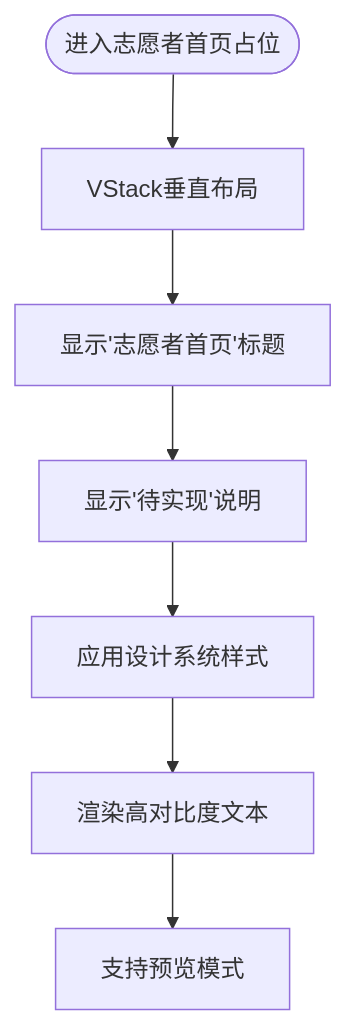
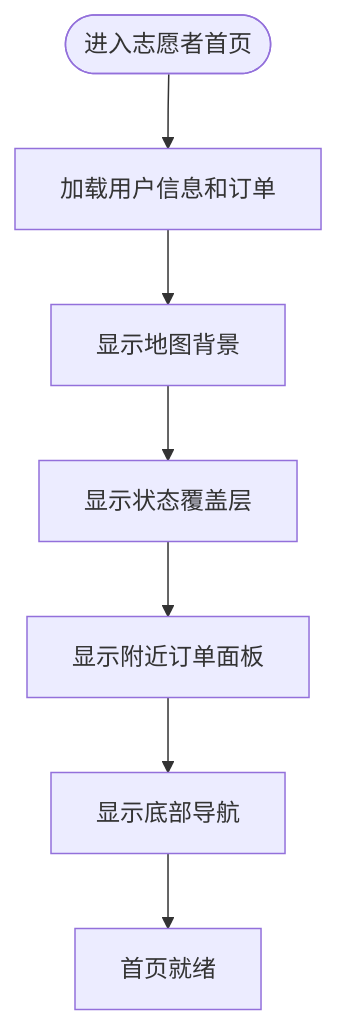
The third of 13 diagrams in .qoder/repowiki/zh/content/架构设计/模块化架构设计/Volunteer 志愿者模块.md (Jayden23018/blind-run-ios), drawn with Mermaid before and after one commit. The commit also changed other lines of this file and 8 other files, not shown here.

````diff
--- a/.qoder/repowiki/zh/content/架构设计/模块化架构设计/Volunteer 志愿者模块.md
+++ b/.qoder/repowiki/zh/content/架构设计/模块化架构设计/Volunteer 志愿者模块.md
@@ -180,9 +197,9 @@
 ```mermaid
 flowchart TD
-Start(["进入志愿者首页占位"]) --> Layout["VStack垂直布局"]
-Layout --> Title["显示'志愿者首页'标题"]
-Title --> Placeholder["显示'待实现'说明"]
-Placeholder --> Style["应用设计系统样式"]
-Style --> Render["渲染高对比度文本"]
-Render --> Preview["支持预览模式"]
+Start(["进入志愿者首页"]) --> Load["加载用户信息和订单"]
+Load --> Map["显示地图背景"]
+Map --> Overlay["显示状态覆盖层"]
+Overlay --> Panel["显示附近订单面板"]
+Panel --> Nav["显示底部导航"]
+Nav --> Ready["首页就绪"]
 ```
````
